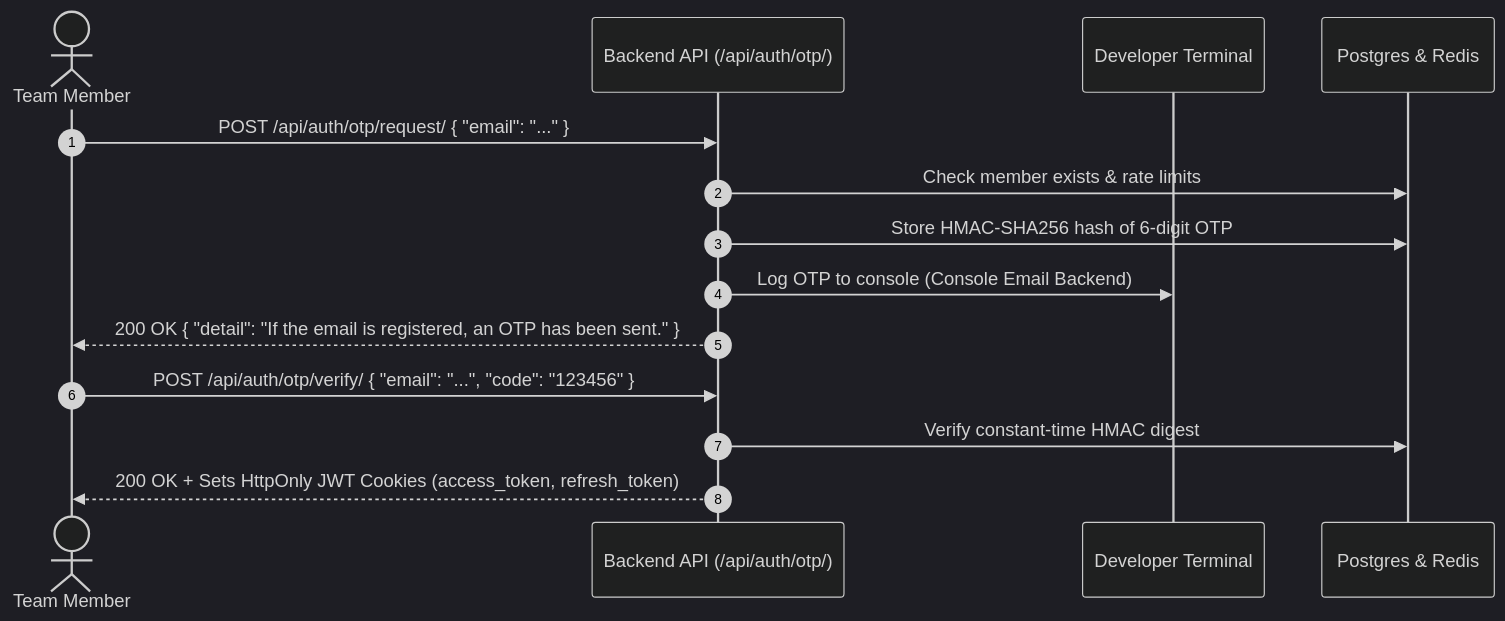
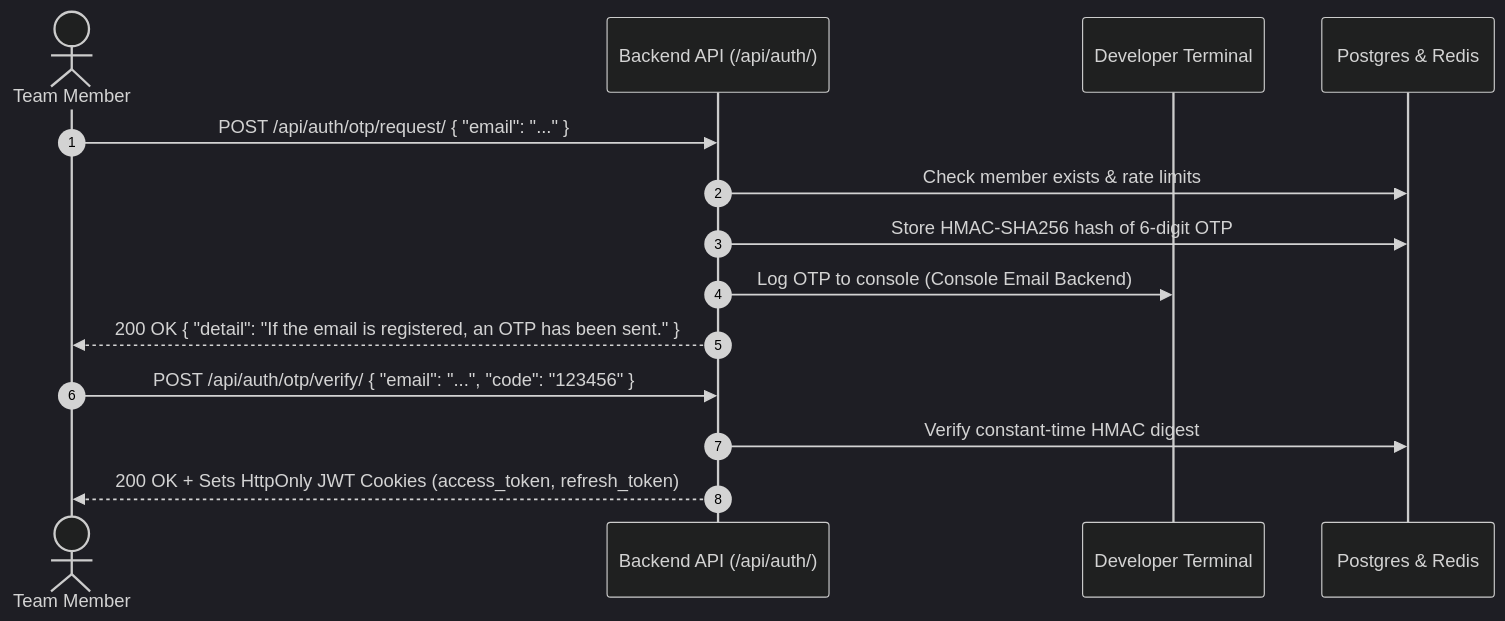
The diagram in README.md (med-amine-ok/enpracingteam), drawn with Mermaid (dark theme) before and after one commit. The commit also changed other lines of this file and 681 other files, not shown here.

````diff
--- a/README.md
+++ b/README.md
@@ -231,18 +294,18 @@
 ```mermaid
 sequenceDiagram
     autonumber
     actor Member as Team Member
-    participant API as Backend API (/api/auth/otp/)
+    participant API as Backend API (/api/auth/)
     participant Term as Developer Terminal
     participant DB as Postgres & Redis
 
     Member->>API: POST /api/auth/otp/request/ { "email": "..." }
     API->>DB: Check member exists & rate limits
     API->>DB: Store HMAC-SHA256 hash of 6-digit OTP
     API->>Term: Log OTP to console (Console Email Backend)
     API-->>Member: 200 OK { "detail": "If the email is registered, an OTP has been sent." }
-
+    
     Member->>API: POST /api/auth/otp/verify/ { "email": "...", "code": "123456" }
     API->>DB: Verify constant-time HMAC digest
     API-->>Member: 200 OK + Sets HttpOnly JWT Cookies (access_token, refresh_token)
 ```
````
